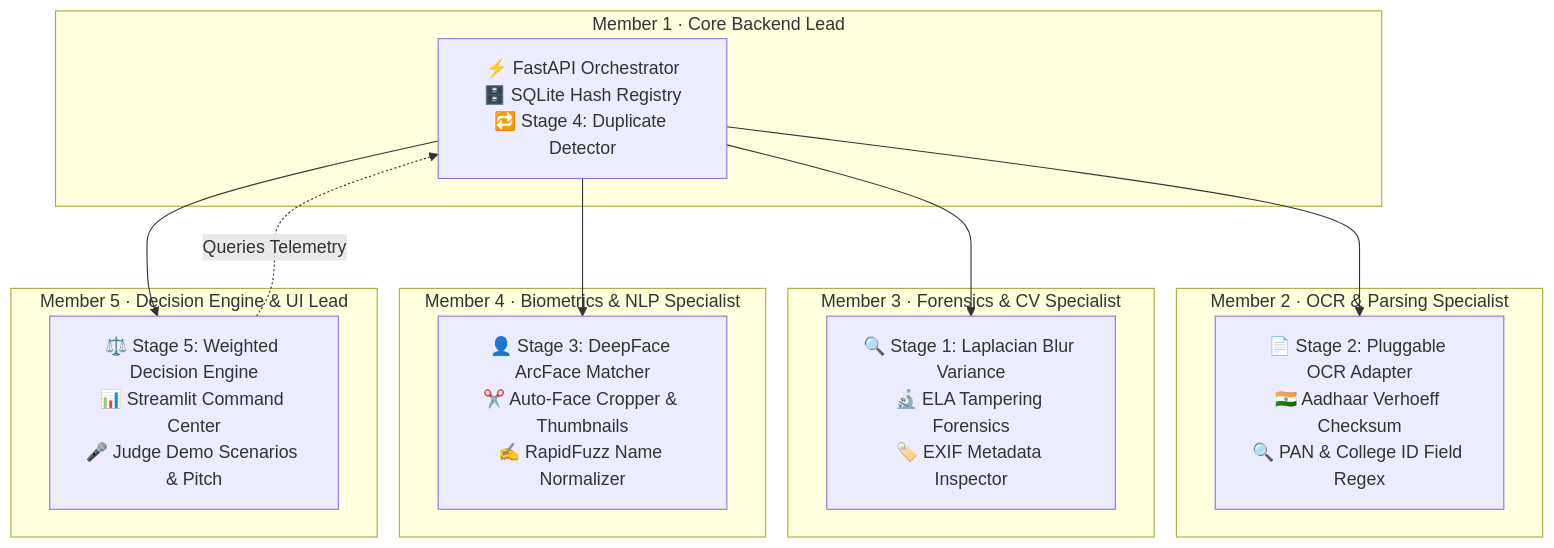
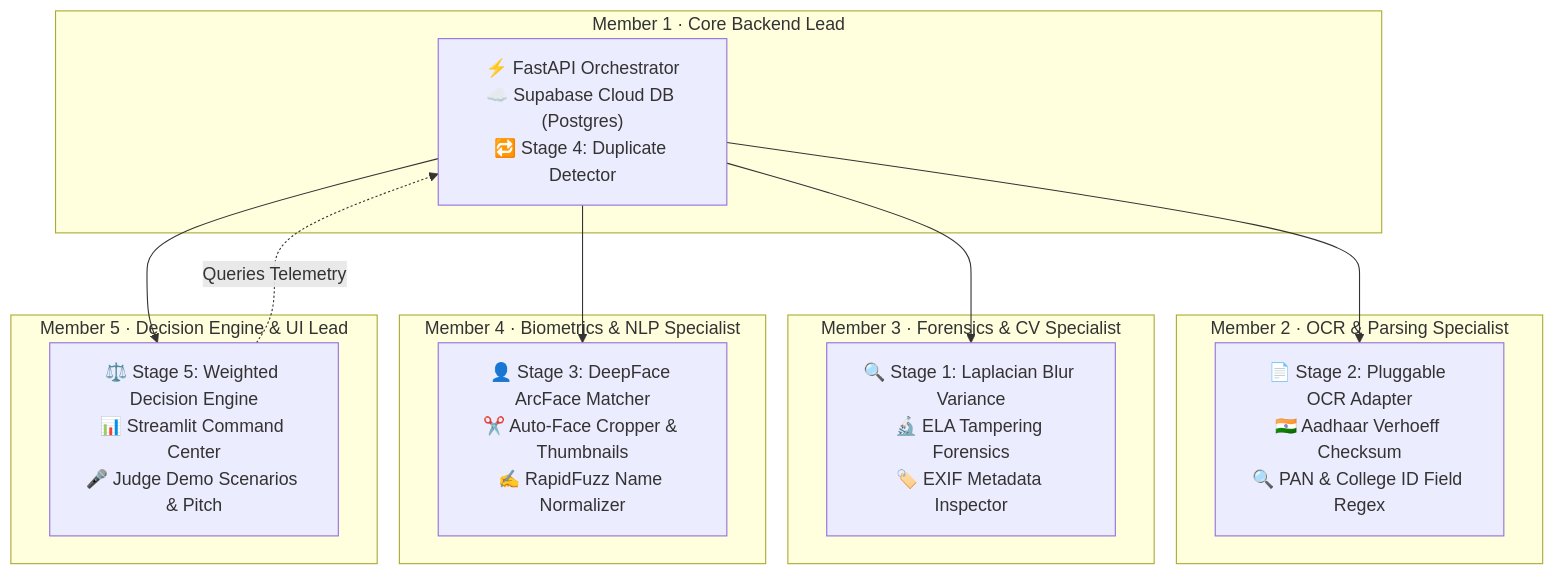
One commit to Jai-S-Ramani/Hackingly changed the diagram in docs/09_team_work_division.md. Above: the diagram before and after it, drawn with Mermaid. The commit also changed other lines of this file, not shown here.

Commit message:
docs: update team workload doc with Supabase Postgres database details

````diff
--- a/docs/09_team_work_division.md
+++ b/docs/09_team_work_division.md
@@ -13,28 +13,28 @@
 ```mermaid
 graph TD
     subgraph "Member 1 · Core Backend Lead"
-        M1["⚡ FastAPI Orchestrator<br/>🗄️ SQLite Hash Registry<br/>🔁 Stage 4: Duplicate Detector"]
+        M1["⚡ FastAPI Orchestrator<br/>☁️ Supabase Cloud DB (Postgres)<br/>🔁 Stage 4: Duplicate Detector"]
     end
 
     subgraph "Member 2 · OCR & Parsing Specialist"
         M2["📄 Stage 2: Pluggable OCR Adapter<br/>🇮🇳 Aadhaar Verhoeff Checksum<br/>🔍 PAN & College ID Field Regex"]
     end
 
     subgraph "Member 3 · Forensics & CV Specialist"
         M3["🔍 Stage 1: Laplacian Blur Variance<br/>🔬 ELA Tampering Forensics<br/>🏷️ EXIF Metadata Inspector"]
     end
 
     subgraph "Member 4 · Biometrics & NLP Specialist"
         M4["👤 Stage 3: DeepFace ArcFace Matcher<br/>✂️ Auto-Face Cropper & Thumbnails<br/>✍️ RapidFuzz Name Normalizer"]
     end
 
     subgraph "Member 5 · Decision Engine & UI Lead"
         M5["⚖️ Stage 5: Weighted Decision Engine<br/>📊 Streamlit Command Center<br/>🎤 Judge Demo Scenarios & Pitch"]
     end
 
     M1 --> M3
     M1 --> M2
     M1 --> M4
     M1 --> M5
     M5 -.->|Queries Telemetry| M1
 ```
````
